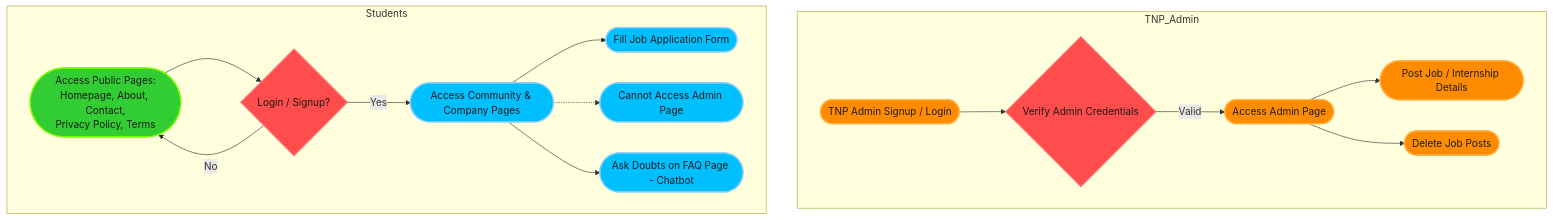
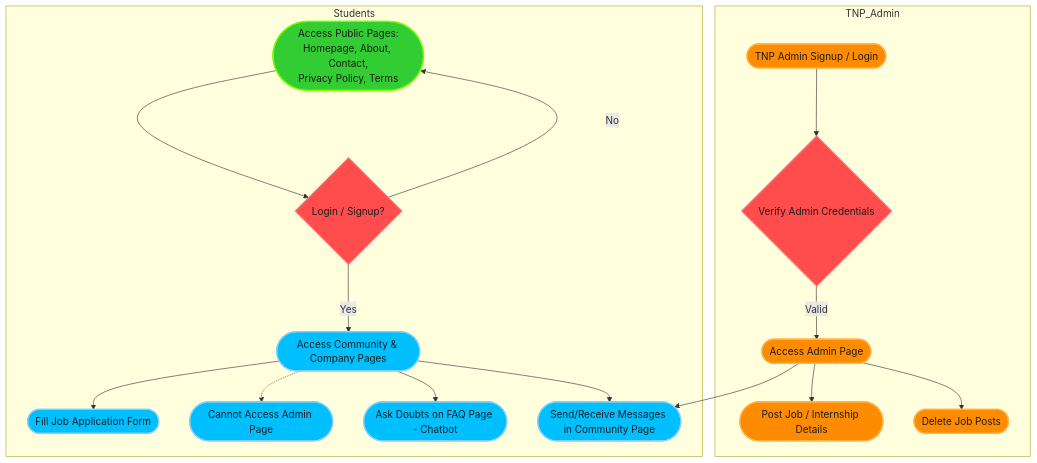
One commit to deepak-pandey1/BPIT-CareerHub changed the diagram in README.md. Above: the diagram before and after it, drawn with Mermaid.

````diff
--- a/README.md
+++ b/README.md
@@ -9,31 +9,36 @@
 ```mermaid
 graph TD
     %% Define styles for dark theme
     classDef adminNode fill:#ff8c00,stroke:#ffb347,stroke-width:2px,color:#1a1a1a,rounded
     classDef studentNode fill:#00bfff,stroke:#87cefa,stroke-width:2px,color:#1a1a1a,rounded
     classDef publicNode fill:#32cd32,stroke:#7cfc00,stroke-width:2px,color:#1a1a1a,rounded
     classDef decisionNode fill:#ff4c4c,stroke:#ff6e6e,stroke-width:2px,color:#1a1a1a,diamond
 
     %% TNP Admin Flow
     subgraph TNP_Admin
         A1([TNP Admin Signup / Login]):::adminNode --> B1{Verify Admin Credentials}:::decisionNode
         B1 -->|Valid| C1([Access Admin Page]):::adminNode
         C1 --> D1([Post Job / Internship Details]):::adminNode
         C1 --> E1([Delete Job Posts]):::adminNode
     end
 
     %% Students Flow
     subgraph Students
         F1([Access Public Pages:<br>Homepage, About, Contact,<br>Privacy Policy, Terms]):::publicNode --> G1{Login / Signup?}:::decisionNode
         G1 -->|Yes| H1([Access Community & Company Pages]):::studentNode
         G1 -->|No| F1
 
         H1 --> I1([Fill Job Application Form]):::studentNode
         H1 -.-> J1([Cannot Access Admin Page]):::studentNode
 
         H1 --> K1([Ask Doubts on FAQ Page - Chatbot]):::studentNode
+
+        %% Communication in Community Page
+        H1 --> L1([Send/Receive Messages in Community Page]):::studentNode
+        C1 --> L1
     end
 
 
 
+
 ```
````
